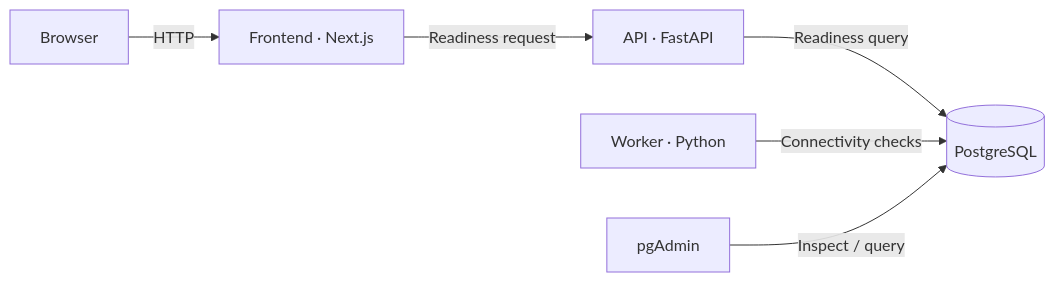
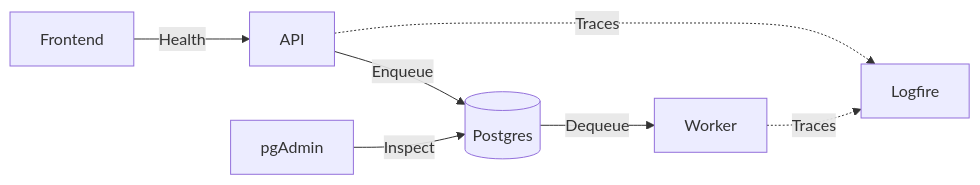
The diagram in docs/architecture.md (matescharnitzky/pydantic-agora), drawn with Mermaid before and after one commit. The commit also changed other lines of this file and 41 other files, not shown here.

````diff
--- a/docs/architecture.md
+++ b/docs/architecture.md
@@ -7,8 +5,9 @@
 ```mermaid
 flowchart LR
-    Browser -->|HTTP| Frontend[Frontend · Next.js]
-    Frontend -->|Readiness request| API[API · FastAPI]
-    API -->|Readiness query| Postgres[(PostgreSQL)]
-    Worker[Worker · Python] -->|Connectivity checks| Postgres
-    pgAdmin[pgAdmin] -->|Inspect / query| Postgres
+    Frontend["Frontend"] -->|Health| API["API"]
+    API -->|Enqueue| Postgres[("Postgres")]
+    Postgres -->|Dequeue| Worker["Worker"]
+    pgAdmin -->|Inspect| Postgres
+    API -.->|Traces| Logfire["Logfire"]
+    Worker -.->|Traces| Logfire
 ```
````
